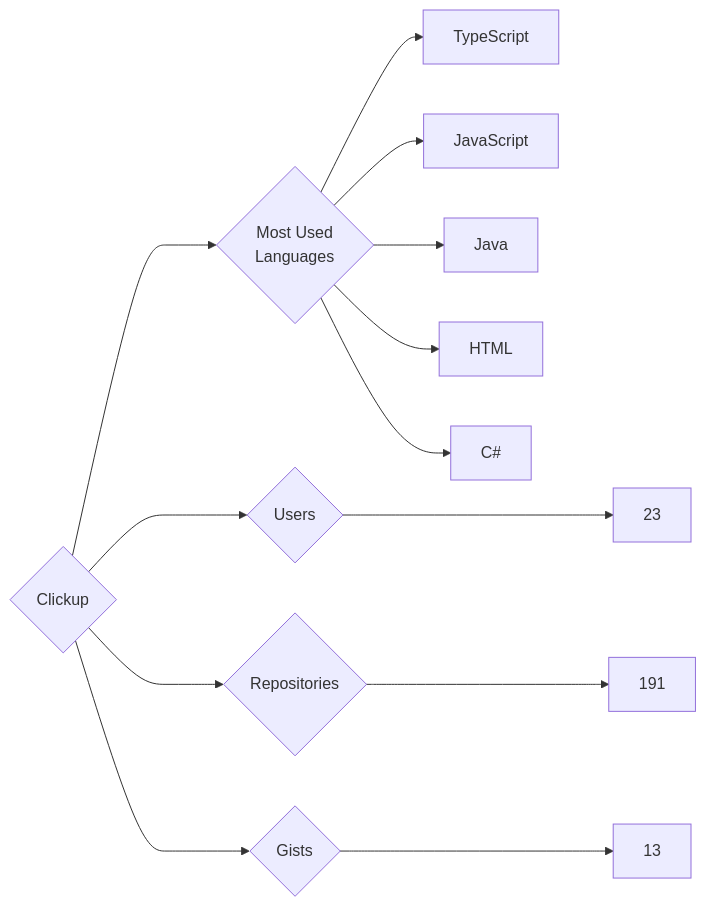
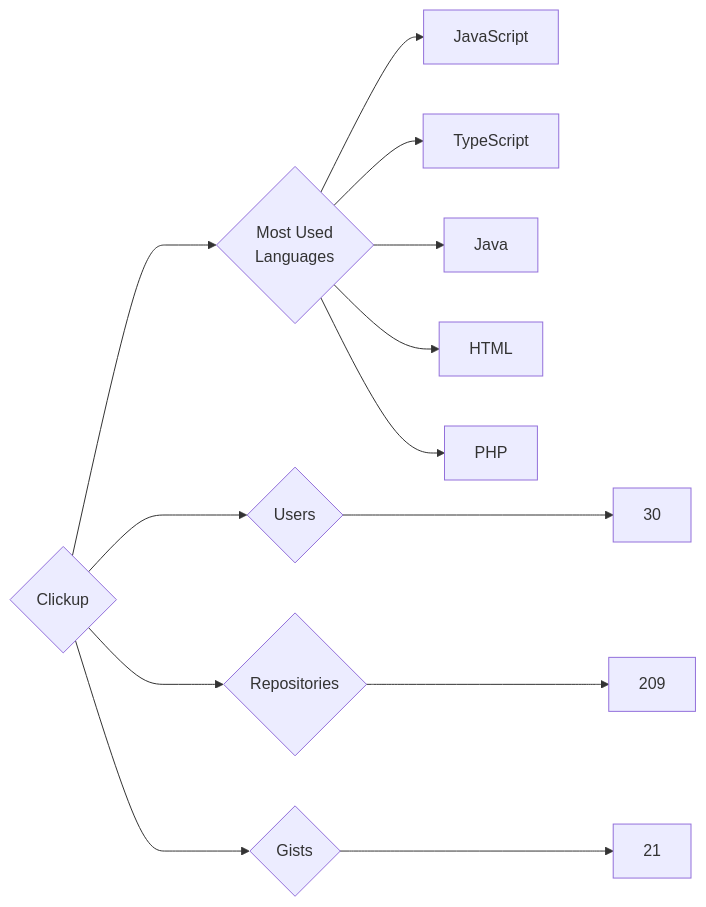
Before and after one commit to trickest/insiders: the diagram in targets/Clickup/README.md, drawn with Mermaid. The commit also changed 951 other files, not shown here.

````diff
--- a/targets/Clickup/README.md
+++ b/targets/Clickup/README.md
@@ -3,13 +3,13 @@
 ```mermaid
 graph LR
 COMPANY_NAME{Clickup}
-COMPANY_NAME ---> U{Users} ---> UN[23]
-COMPANY_NAME ---> R{Repositories} ---> RN[191]
-COMPANY_NAME ---> G{Gists} ---> GN[13]
+COMPANY_NAME ---> U{Users} ---> UN[30]
+COMPANY_NAME ---> R{Repositories} ---> RN[209]
+COMPANY_NAME ---> G{Gists} ---> GN[21]
 COMPANY_NAME ---> ML{Most Used<br>Languages}
-ML --> TypeScript
-ML --> JavaScript
-ML --> Java
-ML --> HTML
-ML --> C#
+ML --> JavaScript[JavaScript]
+ML --> TypeScript[TypeScript]
+ML --> Java[Java]
+ML --> HTML[HTML]
+ML --> PHP[PHP]
 ```
````
